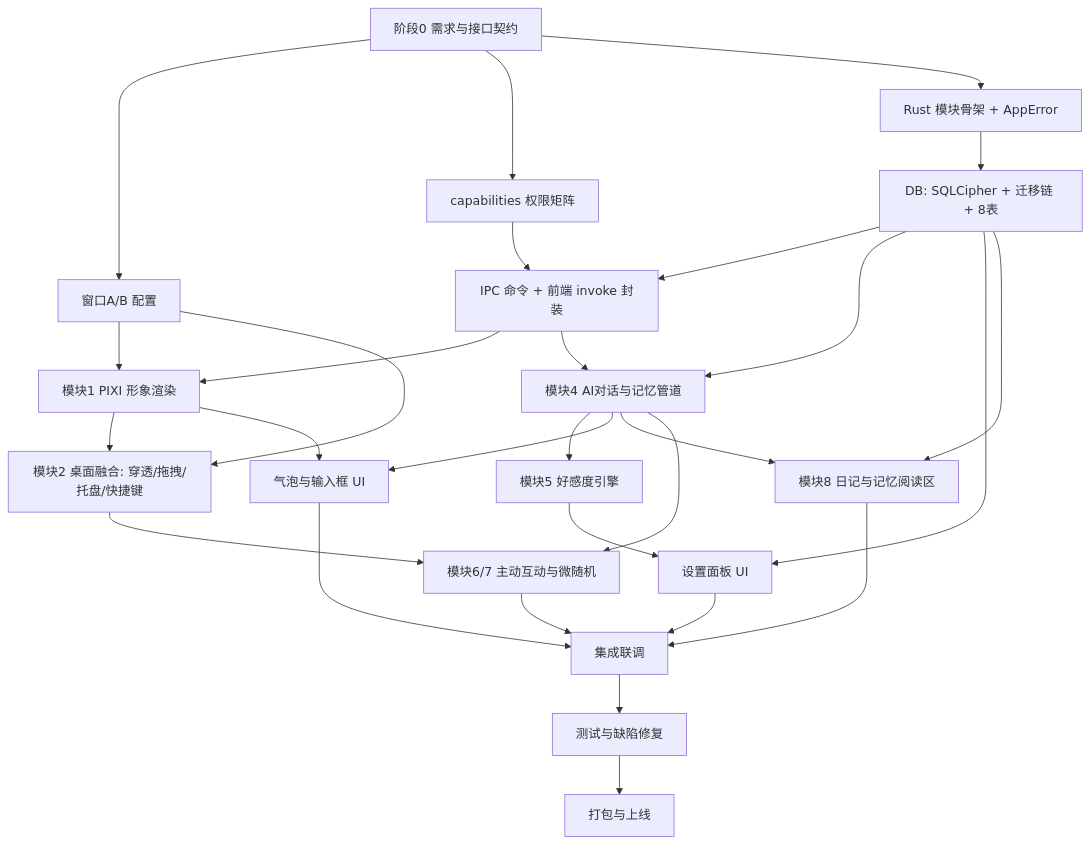
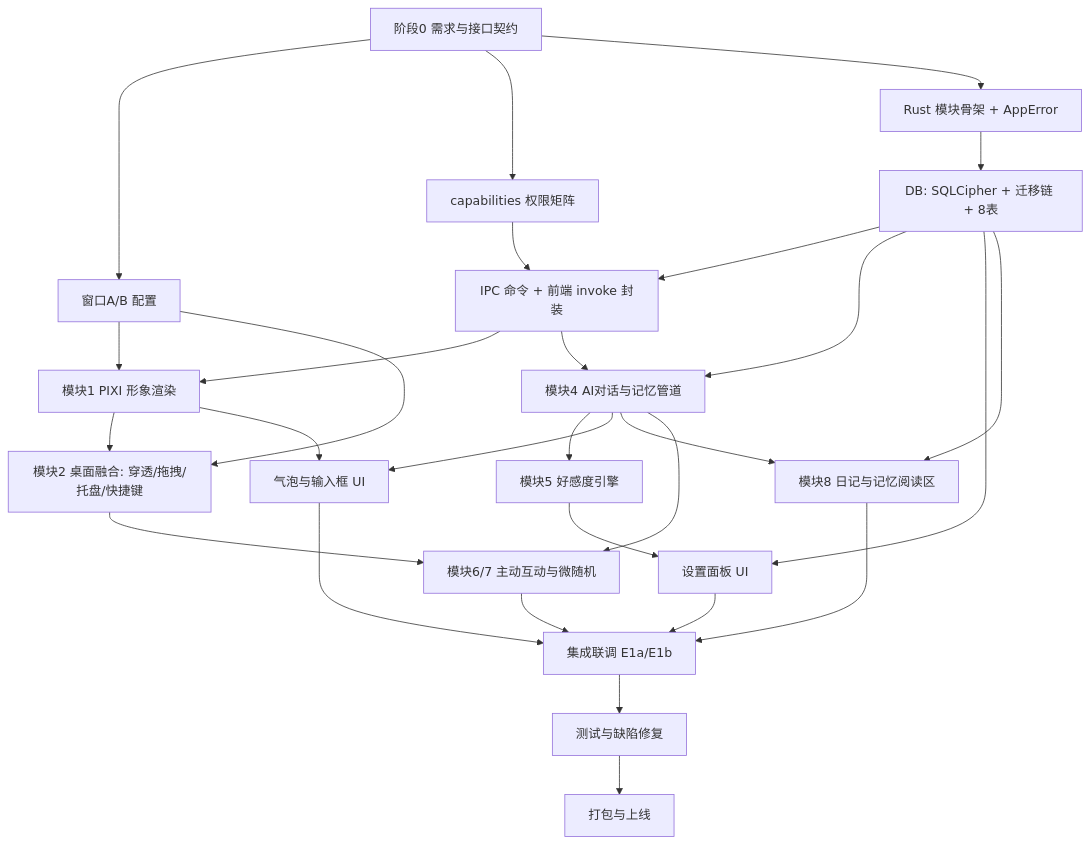
The diagram in .codebuddy/plans/桌宠-任务拆分与开发顺序规划.md (wolveszhu/qiqi), drawn with Mermaid before and after one commit. The commit also changed other lines of this file and 38 other files, not shown here.

````diff
--- a/.codebuddy/plans/桌宠-任务拆分与开发顺序规划.md
+++ b/.codebuddy/plans/桌宠-任务拆分与开发顺序规划.md
@@ -40,30 +40,30 @@
 ```mermaid
 graph TD
     A0[阶段0 需求与接口契约] --> B1[窗口A/B 配置]
     A0 --> B2[capabilities 权限矩阵]
     A0 --> B3[Rust 模块骨架 + AppError]
     B3 --> B4[DB: SQLCipher + 迁移链 + 8表]
     B2 --> B5[IPC 命令 + 前端 invoke 封装]
     B4 --> B5
     B1 --> C1[模块1 PIXI 形象渲染]
     B1 --> C2[模块2 桌面融合: 穿透/拖拽/托盘/快捷键]
     C1 --> C2
     B5 --> C1
     B4 --> C4[模块4 AI对话与记忆管道]
     B5 --> C4
     C4 --> C5[模块5 好感度引擎]
     C1 --> D1[气泡与输入框 UI]
     C4 --> D1
     B4 --> D2[设置面板 UI]
     C5 --> D2
     C4 --> C7[模块8 日记与记忆阅读区]
     B4 --> C7
     C2 --> C6[模块6/7 主动互动与微随机]
     C4 --> C6
-    D1 --> E[集成联调]
+    D1 --> E[集成联调 E1a/E1b]
     D2 --> E
     C6 --> E
     C7 --> E
     E --> F[测试与缺陷修复]
     F --> G[打包与上线]
 ```
````
